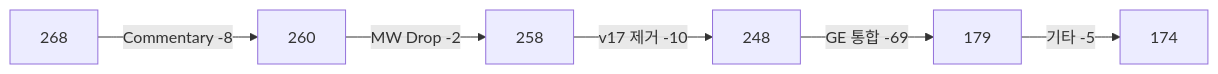
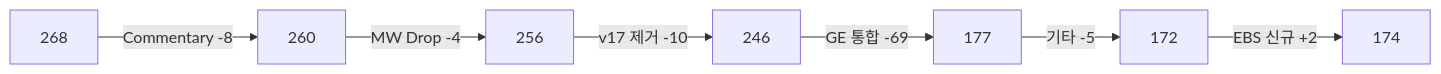
Before and after one commit to garimto81/ebs: the fifth of 5 diagrams in docs/01_PokerGFX_Analysis/PRD-0004-EBS-Server-UI-Design.md, drawn with Mermaid. The commit also changed other lines of this file and 7 other files, not shown here.

````diff
--- a/docs/01_PokerGFX_Analysis/PRD-0004-EBS-Server-UI-Design.md
+++ b/docs/01_PokerGFX_Analysis/PRD-0004-EBS-Server-UI-Design.md
@@ -586,8 +563,9 @@
 ```mermaid
 flowchart LR
     A["268"] -->|"Commentary -8"| B["260"]
-    B -->|"MW Drop -2"| C["258"]
-    C -->|"v17 제거 -10"| D["248"]
-    D -->|"GE 통합 -69"| E["179"]
-    E -->|"기타 -5"| F["174"]
+    B -->|"MW Drop -4"| C["256"]
+    C -->|"v17 제거 -10"| D["246"]
+    D -->|"GE 통합 -69"| E["177"]
+    E -->|"기타 -5"| F["172"]
+    F -->|"EBS 신규 +2"| G["174"]
 ```
````
